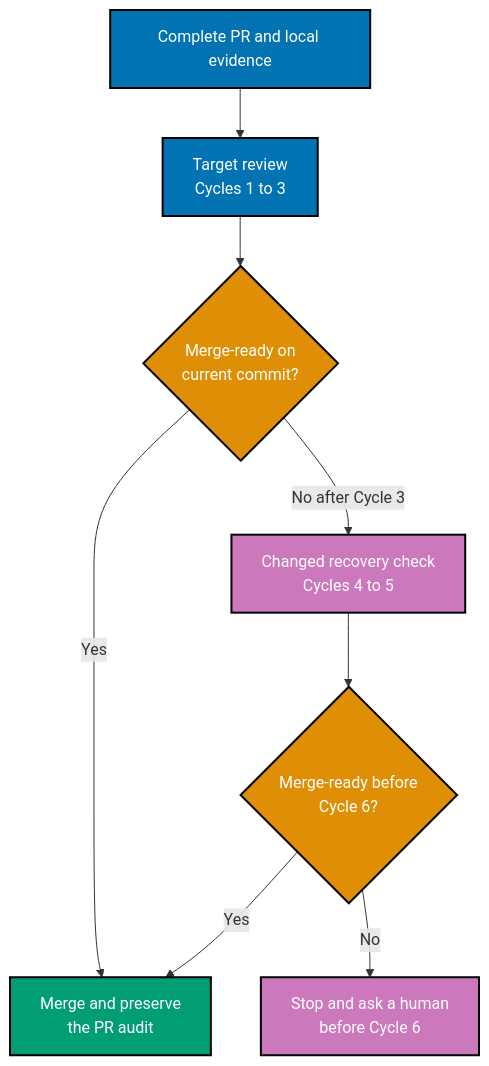
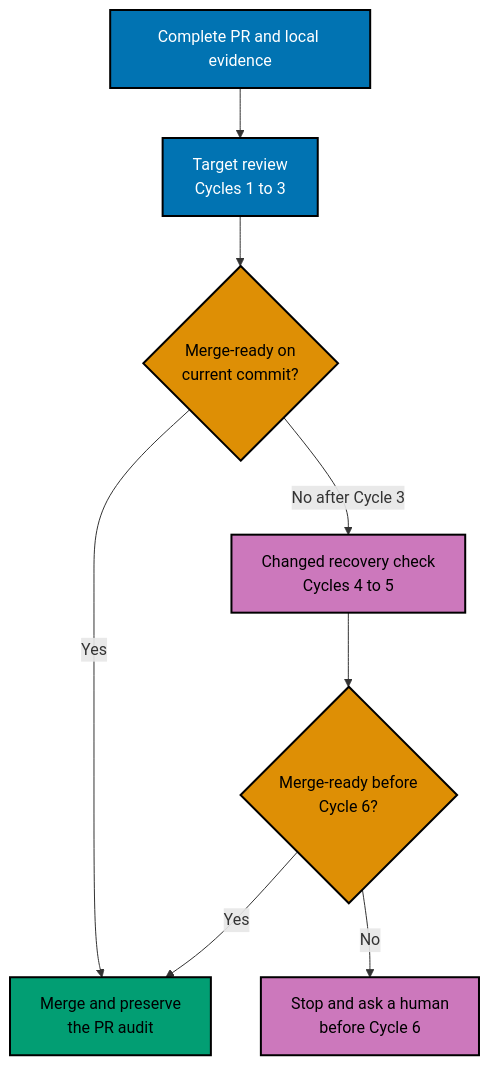
The first of 3 diagrams in plans/in-progress/optimize-pr-process/tech-docs.md (wahidyankf/open-sharia-fintech), drawn with Mermaid before and after one commit. The commit also changed other lines of this file and 1 other file, not shown here.

````diff
--- a/plans/in-progress/optimize-pr-process/tech-docs.md
+++ b/plans/in-progress/optimize-pr-process/tech-docs.md
@@ -17,17 +17,17 @@
 ```mermaid
 %% Color Palette: Blue #0173B2, Orange #DE8F05, Teal #029E73, Purple #CC78BC
 flowchart TD
     accTitle: Bounded pull request review
     accDescr: The normal target is one to three cycles. Cycles four and five use a changed recovery check. The agent stops before cycle six and asks a human only if still blocked.
     P["Complete PR and local evidence"]:::blue --> N["Target review<br/>Cycles 1 to 3"]:::blue
     N --> D{"Merge-ready on<br/>current commit?"}:::orange
     D -->|Yes| M["Merge and preserve<br/>the PR audit"]:::teal
     D -->|No after Cycle 3| R["Changed recovery check<br/>Cycles 4 to 5"]:::purple
     R --> E{"Merge-ready before<br/>Cycle 6?"}:::orange
     E -->|Yes| M
     E -->|No| H["Stop and ask a human<br/>before Cycle 6"]:::purple
     classDef blue fill:#0173B2,stroke:#000000,color:#FFFFFF,stroke-width:2px
-    classDef orange fill:#DE8F05,stroke:#000000,color:#FFFFFF,stroke-width:2px
-    classDef teal fill:#029E73,stroke:#000000,color:#FFFFFF,stroke-width:2px
-    classDef purple fill:#CC78BC,stroke:#000000,color:#FFFFFF,stroke-width:2px
+    classDef orange fill:#DE8F05,stroke:#000000,color:#000000,stroke-width:2px
+    classDef teal fill:#029E73,stroke:#000000,color:#000000,stroke-width:2px
+    classDef purple fill:#CC78BC,stroke:#000000,color:#000000,stroke-width:2px
 ```
````
